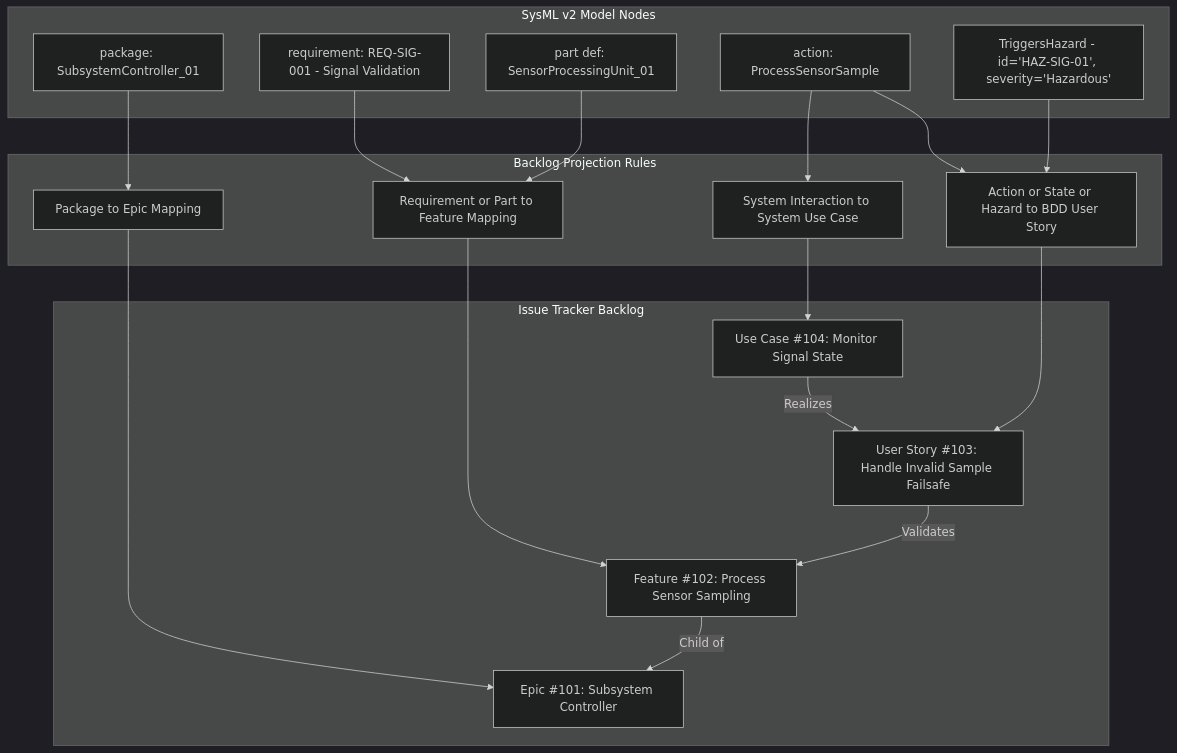
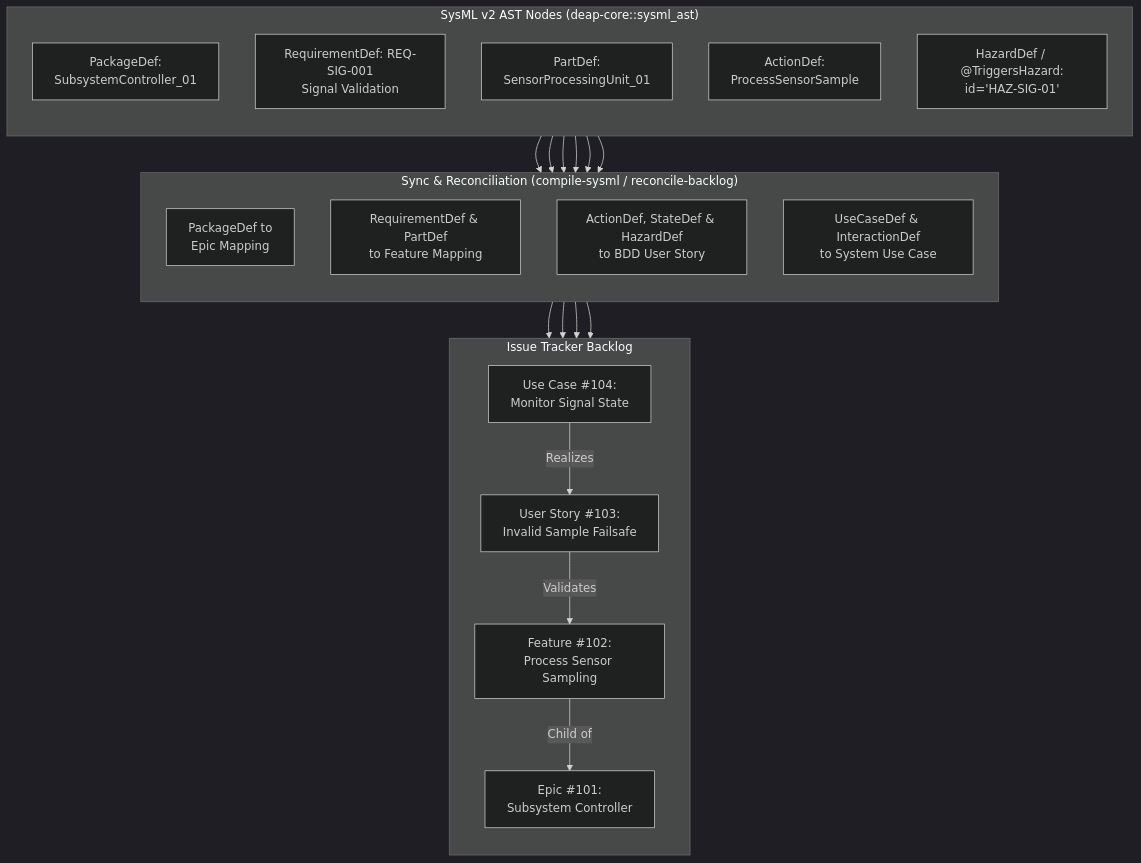
Before and after one commit to gintatkinson/DEAP01-spec-core: the fourth of 8 diagrams in docs/architecture/blueprints/DEAP_SYSML_V2_INGESTION_ENGINE_BLUEPRINT.md, drawn with Mermaid (dark theme). The commit also changed other lines of this file and 28 other files, not shown here.

Commit message:
feat(verify-baseline,deap-core,compile-sysml): implement Option C blueprint capabilities and Check 37 blueprint grounding gate

````diff
--- a/docs/architecture/blueprints/DEAP_SYSML_V2_INGESTION_ENGINE_BLUEPRINT.md
+++ b/docs/architecture/blueprints/DEAP_SYSML_V2_INGESTION_ENGINE_BLUEPRINT.md
@@ -304,34 +594,41 @@
 ```mermaid
 flowchart TD
-    subgraph "SysML v2 Model Nodes"
-        Pkg["package: SubsystemController_01"]
-        Req["requirement: REQ-SIG-001 - Signal Validation"]
-        Part["part def: SensorProcessingUnit_01"]
-        Act["action: ProcessSensorSample"]
-        Haz["TriggersHazard - id='HAZ-SIG-01', severity='Hazardous'"]
+    subgraph ModelNodes ["SysML v2 AST Nodes (deap-core::sysml_ast)"]
+        direction TB
+        Pkg["PackageDef:<br/>SubsystemController_01"]
+        Req["RequirementDef: REQ-SIG-001<br/>Signal Validation"]
+        Part["PartDef:<br/>SensorProcessingUnit_01"]
+        Act["ActionDef:<br/>ProcessSensorSample"]
+        Haz["HazardDef / @TriggersHazard:<br/>id='HAZ-SIG-01'"]
     end
 
-    subgraph "Backlog Projection Rules"
-        Rule_Epic["Package to Epic Mapping"]
-        Rule_Feat["Requirement or Part to Feature Mapping"]
-        Rule_Story["Action or State or Hazard to BDD User Story"]
-        Rule_UC["System Interaction to System Use Case"]
+    subgraph ProjectionRules ["Sync & Reconciliation (compile-sysml / reconcile-backlog)"]
+        direction TB
+        Rule_Epic["PackageDef to<br/>Epic Mapping"]
+        Rule_Feat["RequirementDef & PartDef<br/>to Feature Mapping"]
+        Rule_Story["ActionDef, StateDef & HazardDef<br/>to BDD User Story"]
+        Rule_UC["UseCaseDef & InteractionDef<br/>to System Use Case"]
     end
 
-    subgraph "Issue Tracker Backlog"
-        Epic_Issue["Epic #101: Subsystem Controller"]
-        Feat_Issue["Feature #102: Process Sensor Sampling"]
-        Story_Issue["User Story #103: Handle Invalid Sample Failsafe"]
-        UC_Issue["Use Case #104: Monitor Signal State"]
+    subgraph IssueBacklog ["Issue Tracker Backlog"]
+        direction TB
+        Epic_Issue["Epic #101:<br/>Subsystem Controller"]
+        Feat_Issue["Feature #102:<br/>Process Sensor Sampling"]
+        Story_Issue["User Story #103:<br/>Invalid Sample Failsafe"]
+        UC_Issue["Use Case #104:<br/>Monitor Signal State"]
     end
 
-    Pkg --> Rule_Epic --> Epic_Issue
+    Pkg --> Rule_Epic
+    Rule_Epic --> Epic_Issue
     Req --> Rule_Feat
-    Part --> Rule_Feat --> Feat_Issue
+    Part --> Rule_Feat
+    Rule_Feat --> Feat_Issue
     Act --> Rule_Story
-    Haz --> Rule_Story --> Story_Issue
-    Act --> Rule_UC --> UC_Issue
-    Feat_Issue -->|Child of| Epic_Issue
-    Story_Issue -->|Validates| Feat_Issue
-    UC_Issue -->|Realizes| Story_Issue
+    Haz --> Rule_Story
+    Rule_Story --> Story_Issue
+    Act --> Rule_UC
+    Rule_UC --> UC_Issue
+    Feat_Issue -->|"Child of"| Epic_Issue
+    Story_Issue -->|"Validates"| Feat_Issue
+    UC_Issue -->|"Realizes"| Story_Issue
 ```
````
